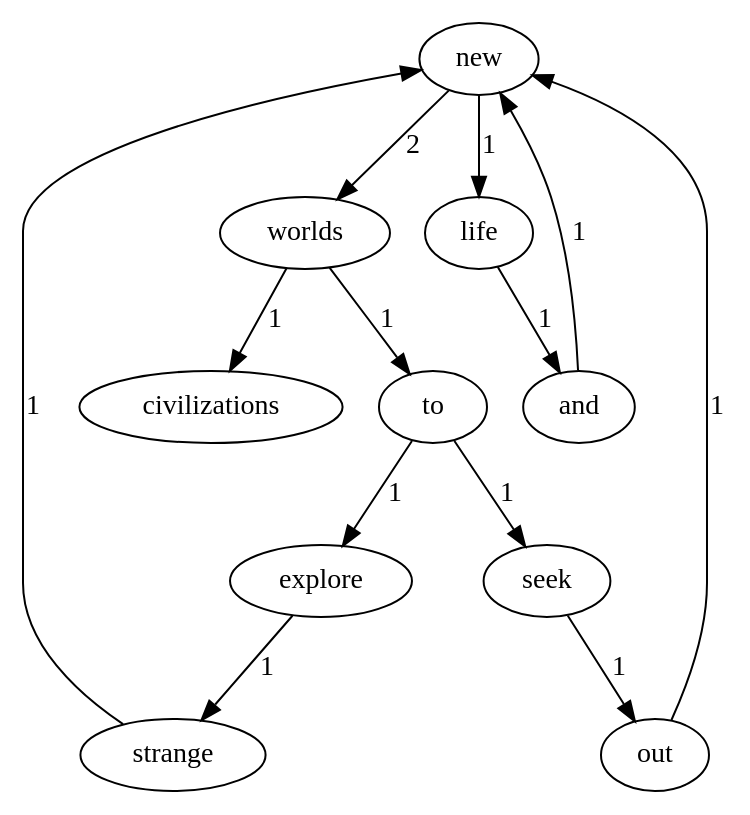
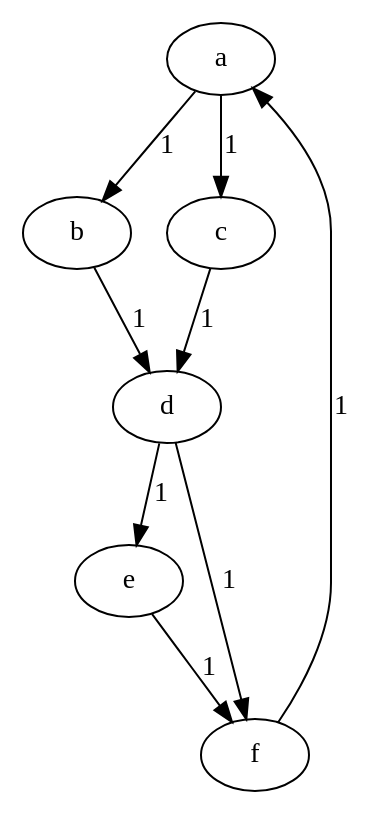
Before and after one commit to llliukexin/Lab1-2021111874: the diagram in result/directed_graph.dot, drawn with Graphviz. The commit also changed 46 other files, not shown here.

```diff
--- a/result/directed_graph.dot
+++ b/result/directed_graph.dot
@@ -1,14 +1,10 @@
 digraph G {
-	new -> worlds [label="2"];
-	new -> life [label="1"];
-	worlds -> to [label="1"];
-	worlds -> civilizations [label="1"];
-	explore -> strange [label="1"];
-	and -> new [label="1"];
-	to -> explore [label="1"];
-	to -> seek [label="1"];
-	seek -> out [label="1"];
-	strange -> new [label="1"];
-	life -> and [label="1"];
-	out -> new [label="1"];
+	a -> b [label="1"];
+	a -> c [label="1"];
+	b -> d [label="1"];
+	c -> d [label="1"];
+	d -> e [label="1"];
+	d -> f [label="1"];
+	e -> f [label="1"];
+	f -> a [label="1"];
 }
```
